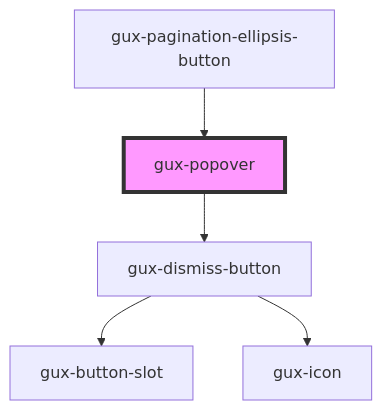
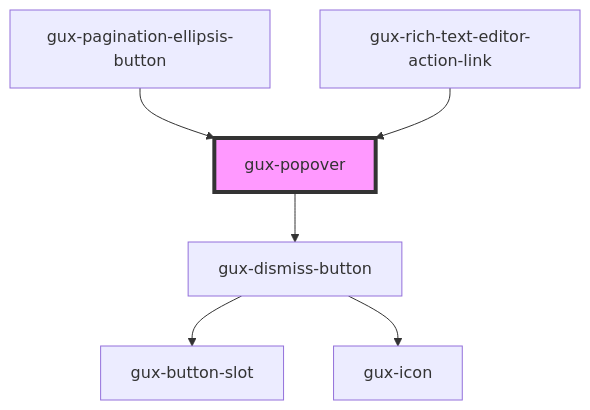
The diagram in packages/genesys-spark-components/src/components/stable/gux-popover/readme.md (MyPureCloud/genesys-spark), drawn with Mermaid before and after one commit. The commit also changed other lines of this file and 19 other files, not shown here.

First line of the commit message:
perf(rich-text-editor): addition of link feature

````diff
--- a/packages/genesys-spark-components/src/components/stable/gux-popover/readme.md
+++ b/packages/genesys-spark-components/src/components/stable/gux-popover/readme.md
@@ -50,8 +51,9 @@
 ```mermaid
 graph TD;
   gux-popover --> gux-dismiss-button
   gux-dismiss-button --> gux-button-slot
   gux-dismiss-button --> gux-icon
   gux-pagination-ellipsis-button --> gux-popover
+  gux-rich-text-editor-action-link --> gux-popover
   style gux-popover fill:#f9f,stroke:#333,stroke-width:4px
 ```
````
